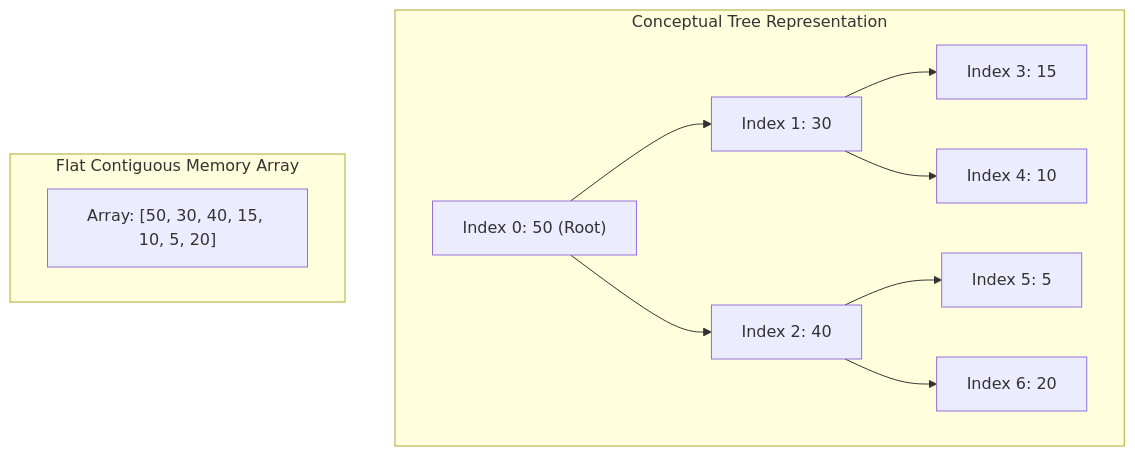
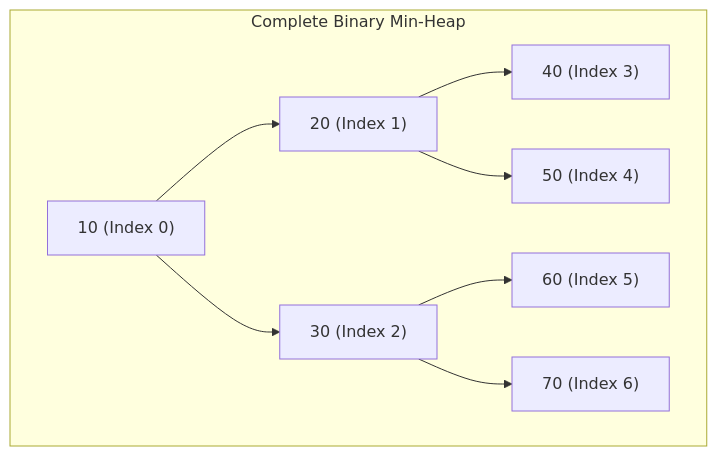
Before and after one commit to Amie-dev/engineering-playbook: the first of 2 diagrams in js-dsa/14-heaps.md, drawn with Mermaid. The commit also changed other lines of this file and 24 other files, not shown here.

````diff
--- a/js-dsa/14-heaps.md
+++ b/js-dsa/14-heaps.md
@@ -15,17 +9,11 @@
 ```mermaid
-graph TD
-    subgraph Conceptual Tree Representation
-        N0["Index 0: 50 (Root)"] --> N1["Index 1: 30"]
-        N0 --> N2["Index 2: 40"]
-
-        N1 --> N3["Index 3: 15"]
-        N1 --> N4["Index 4: 10"]
-
-        N2 --> N5["Index 5: 5"]
-        N2 --> N6["Index 6: 20"]
-    end
-
-    subgraph Flat Contiguous Memory Array
-        Arr["Array: [50, 30, 40, 15, 10, 5, 20]"]
+flowchart TD
+    subgraph Complete Binary Min-Heap
+        Root["10 (Index 0)"] --> L1["20 (Index 1)"]
+        Root --> R1["30 (Index 2)"]
+        L1 --> L2a["40 (Index 3)"]
+        L1 --> L2b["50 (Index 4)"]
+        R1 --> R2a["60 (Index 5)"]
+        R1 --> R2b["70 (Index 6)"]
     end
 ```
````
